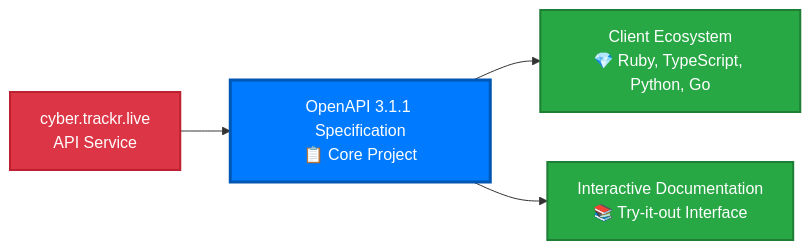
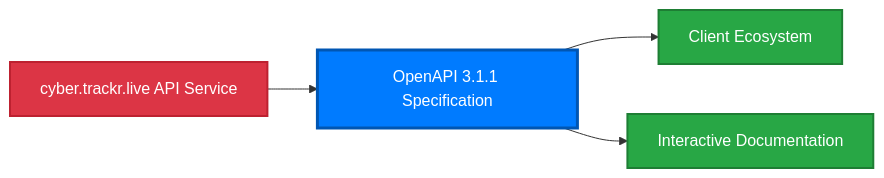
One commit to mitre/cyber-trackr-live changed the first of 2 diagrams in docs/index.md. Above: the diagram before and after it, drawn with Mermaid. The commit also changed other lines of this file and 2 other files, not shown here.

First line of the commit message:
Docs: Fix Mermaid errors and update release process documentation

````diff
--- a/docs/index.md
+++ b/docs/index.md
@@ -52,11 +52,11 @@
 ```mermaid
 graph LR
-    A["cyber.trackr.live<br/>API Service"] --> B["OpenAPI 3.1.1 Specification<br/>📋 Core Project"]
-    B --> C["Client Ecosystem<br/>💎 Ruby, TypeScript, Python, Go"]
-    B --> D["Interactive Documentation<br/>📚 Try-it-out Interface"]
+    A["cyber.trackr.live API Service"] --> B["OpenAPI 3.1.1 Specification"]
+    B --> C["Client Ecosystem"]
+    B --> D["Interactive Documentation"]
     
     style A fill:#dc3545,stroke:#bd2130,stroke-width:2px,color:#ffffff
     style B fill:#007bff,stroke:#0056b3,stroke-width:3px,color:#ffffff
     style C fill:#28a745,stroke:#1e7e34,stroke-width:2px,color:#ffffff
     style D fill:#28a745,stroke:#1e7e34,stroke-width:2px,color:#ffffff
 ```
````
